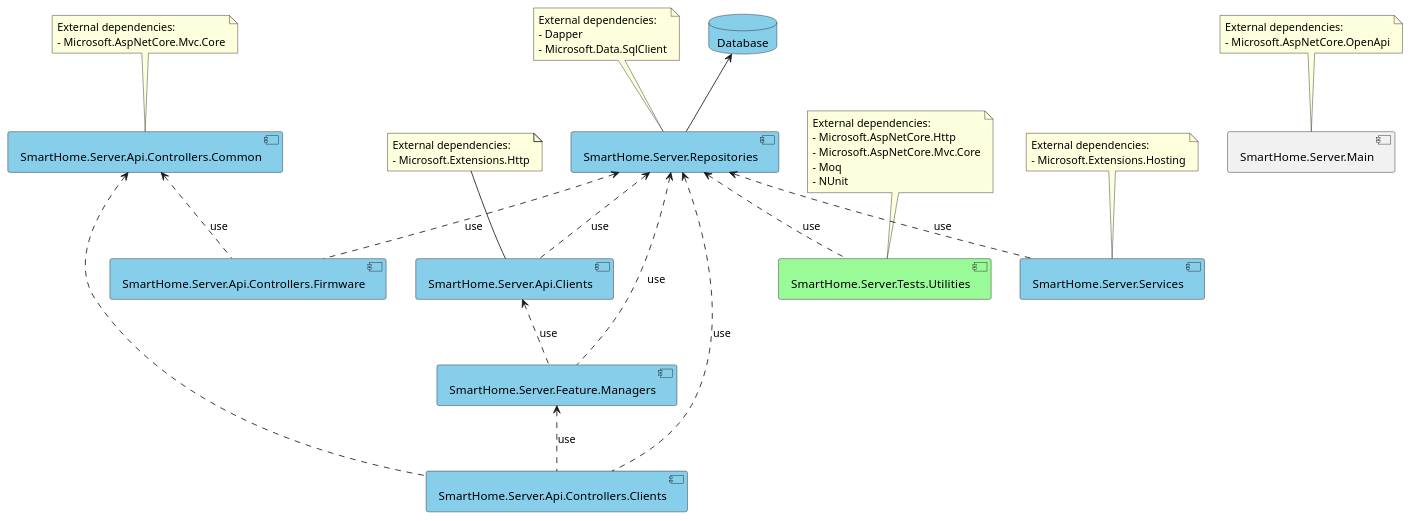
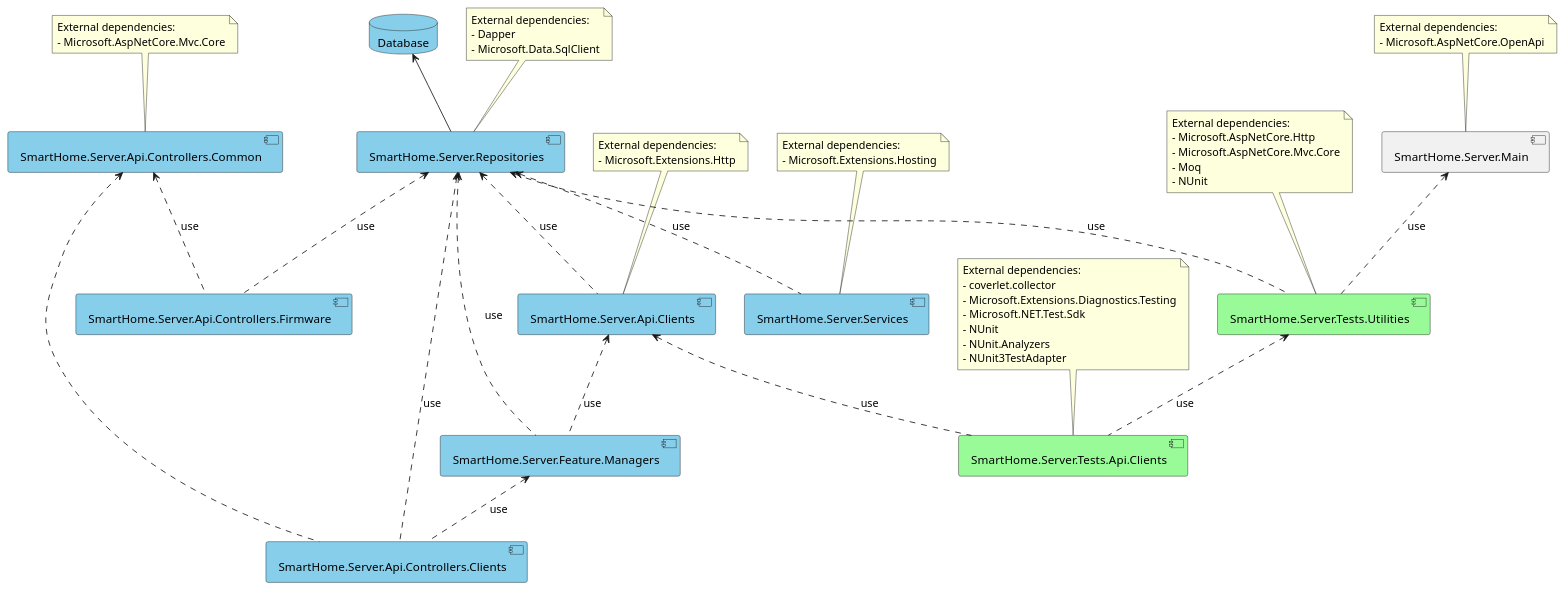
The diagram in doc/Server/uml/components.pu (JakubMiodunka/smart-home), drawn with PlantUML before and after one commit. The commit also changed 13 other files, not shown here.

Commit message:
[#40] Sepparating ApiClientsTests module from monolith.

```diff
--- a/doc/Server/uml/components.pu
+++ b/doc/Server/uml/components.pu
@@ -1,73 +1,89 @@
 @startuml
 
 database Database #SkyBlue
 
 component "SmartHome.Server.Repositories" as Repositories #SkyBlue
 note as RepositoriesDependencies
     External dependencies:
     - Dapper
     - Microsoft.Data.SqlClient
 end note
 RepositoriesDependencies -- Repositories
 
 component "SmartHome.Server.Api.Clients" as ApiClients #SkyBlue
 note as ApiClientsDependencies
     External dependencies:
     - Microsoft.Extensions.Http
 end note
 ApiClientsDependencies -- ApiClients
 
 component "SmartHome.Server.Feature.Managers" as FeatureManagers #SkyBlue
 
 component "SmartHome.Server.Services" as Services #SkyBlue
 note as ServicesDependencies
     External dependencies:
     - Microsoft.Extensions.Hosting
 end note
 ServicesDependencies -- Services
 
 component "SmartHome.Server.Api.Controllers.Common" as CommonApiControllers #SkyBlue
 note as CommonApiControllersDependencies
     External dependencies:
     - Microsoft.AspNetCore.Mvc.Core
 end note
 CommonApiControllersDependencies -- CommonApiControllers
 
 component "SmartHome.Server.Api.Controllers.Firmware" as FirmwareApiControllers #SkyBlue
 
 component "SmartHome.Server.Api.Controllers.Clients" as ClientsApiControllers #SkyBlue
 
 component "SmartHome.Server.Tests.Utilities" as TestUtilities #PaleGreen
 note as TestUtilitiesDependencies
     External dependencies:
     - Microsoft.AspNetCore.Http
     - Microsoft.AspNetCore.Mvc.Core
     - Moq
     - NUnit
 end note
 TestUtilitiesDependencies -- TestUtilities
 
+component "SmartHome.Server.Tests.Api.Clients" as ApiClientsTests #PaleGreen
+note as ApiClientsTestsDependencies
+    External dependencies:
+    - coverlet.collector
+    - Microsoft.Extensions.Diagnostics.Testing
+    - Microsoft.NET.Test.Sdk
+    - NUnit
+    - NUnit.Analyzers
+    - NUnit3TestAdapter
+end note
+ApiClientsTestsDependencies -- ApiClientsTests
+
 component "SmartHome.Server.Main" as Main
 note as MainDependencies
     External dependencies:
     - Microsoft.AspNetCore.OpenApi
 end note
 MainDependencies -- Main
 
 Database <-- Repositories
 
 Repositories <.. ApiClients : use
 Repositories <.. FeatureManagers : use
 Repositories <.. Services : use
 Repositories <.. TestUtilities : use
 Repositories <.. FirmwareApiControllers : use
 Repositories <.. ClientsApiControllers : use
 
 CommonApiControllers <.. FirmwareApiControllers : use
 CommonApiControllers <.. ClientsApiControllers
 
 FeatureManagers <.. ClientsApiControllers : use
 
 ApiClients <.. FeatureManagers : use
+ApiClients <.. ApiClientsTests : use
 
+TestUtilities <.. ApiClientsTests : use
+
+Main <.. TestUtilities : use
 @enduml
```
